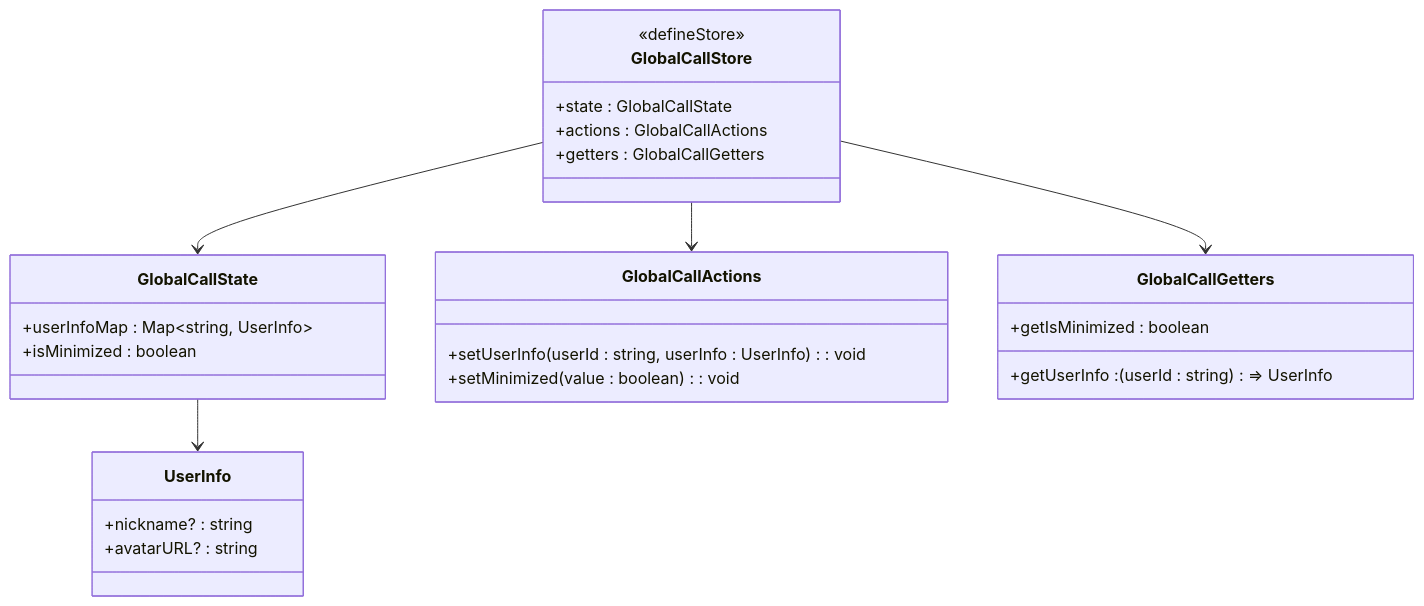
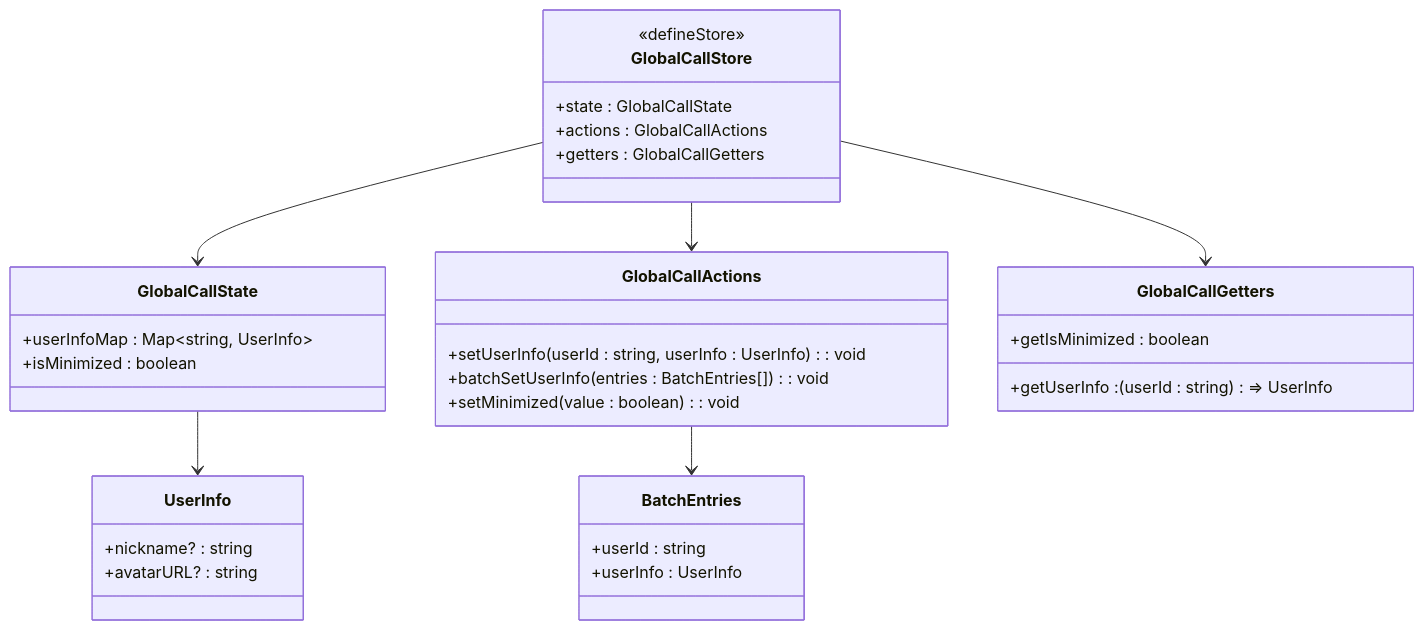
The sixth of 13 diagrams in .qoder/repowiki/zh/content/状态管理/GlobalCallStore 全局通话状态.md (Easemob-Community/easemob-uikit-callkit-vue3), drawn with Mermaid before and after one commit. The commit also changed other lines of this file and 15 other files, not shown here.

````diff
--- a/.qoder/repowiki/zh/content/状态管理/GlobalCallStore 全局通话状态.md
+++ b/.qoder/repowiki/zh/content/状态管理/GlobalCallStore 全局通话状态.md
@@ -292,29 +338,35 @@
 ```mermaid
 classDiagram
 class GlobalCallStore {
 <<defineStore>>
 +state : GlobalCallState
 +actions : GlobalCallActions
 +getters : GlobalCallGetters
 }
 class GlobalCallState {
 +userInfoMap : Map~string, UserInfo~
 +isMinimized : boolean
 }
 class UserInfo {
 +nickname? : string
 +avatarURL? : string
 }
+class BatchEntries {
++userId : string
++userInfo : UserInfo
+}
 class GlobalCallActions {
 +setUserInfo(userId : string, userInfo : UserInfo) : void
++batchSetUserInfo(entries : BatchEntries[]) : void
 +setMinimized(value : boolean) : void
 }
 class GlobalCallGetters {
 +getUserInfo : (userId : string) => UserInfo
 +getIsMinimized : boolean
 }
 GlobalCallStore --> GlobalCallState
 GlobalCallStore --> GlobalCallActions
 GlobalCallStore --> GlobalCallGetters
 GlobalCallState --> UserInfo
+GlobalCallActions --> BatchEntries
 ```
````
